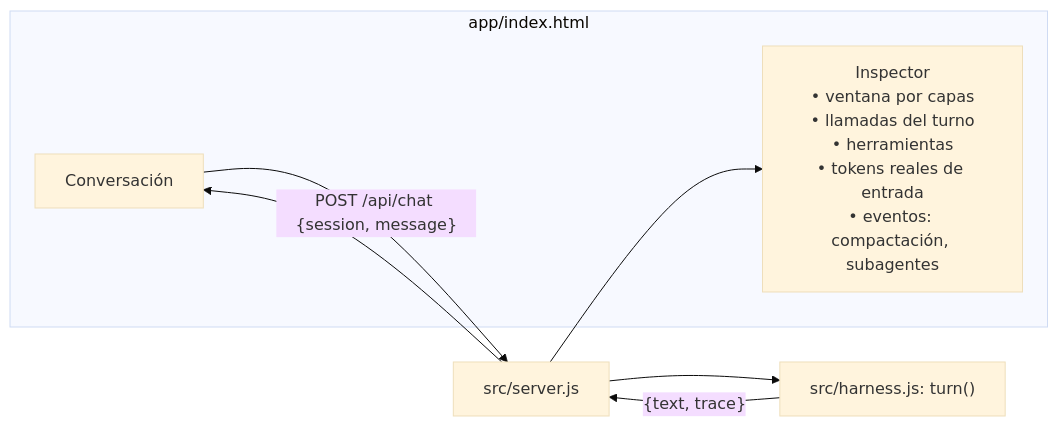
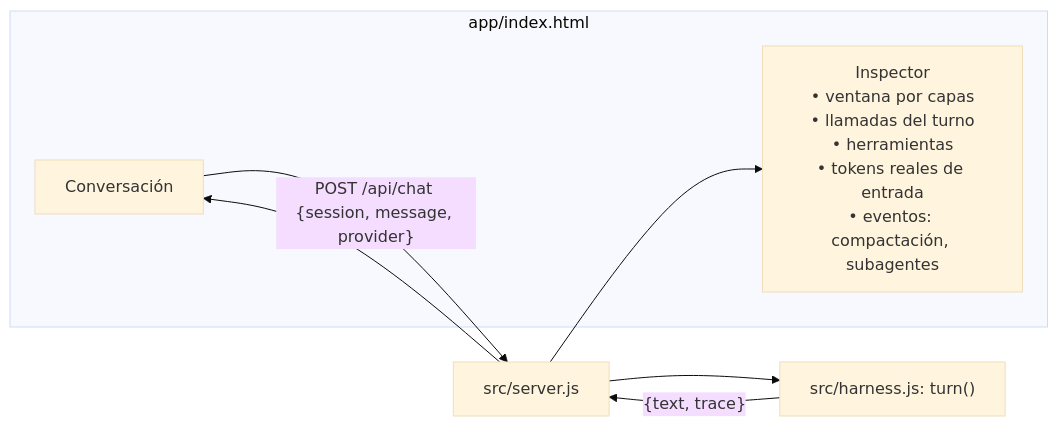
Before and after one commit to ada-school/ada-harness: the ninth of 10 diagrams in README.md, drawn with Mermaid (base theme). The commit also changed other lines of this file and 15 other files, not shown here.

````diff
--- a/README.md
+++ b/README.md
@@ -306,12 +354,12 @@
 ```mermaid
 flowchart LR
     subgraph UI["app/index.html"]
         CHAT[Conversación]
         INS["Inspector<br/>• ventana por capas<br/>• llamadas del turno<br/>• herramientas<br/>• tokens reales de entrada<br/>• eventos: compactación, subagentes"]
     end
-    CHAT -->|"POST /api/chat {session, message}"| SRV[src/server.js]
+    CHAT -->|"POST /api/chat {session, message, provider}"| SRV[src/server.js]
     SRV --> LOOP["src/harness.js: turn()"]
     LOOP -->|"{text, trace}"| SRV
     SRV --> CHAT
     SRV --> INS
 ```
````
